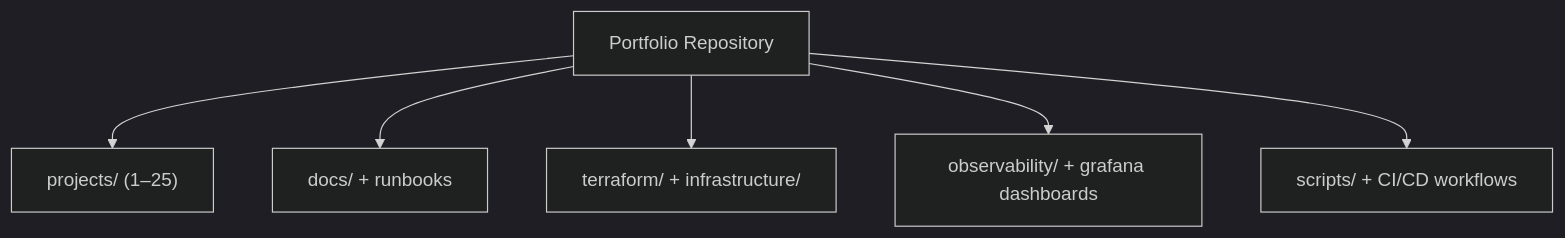
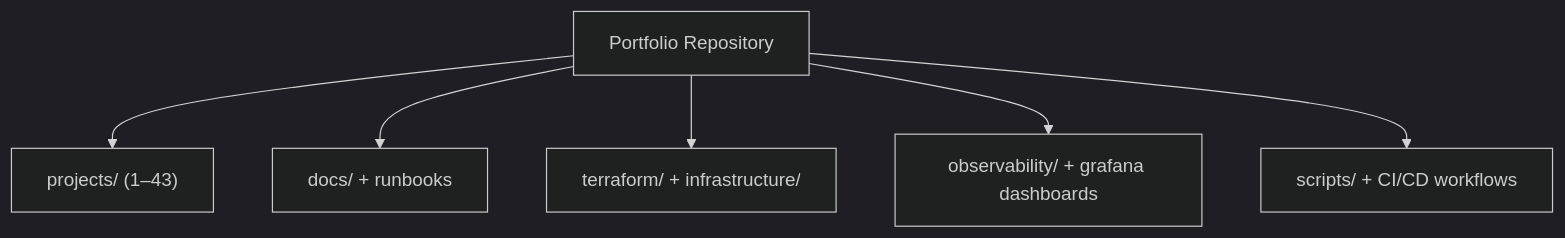
One commit to samueljackson-collab/Portfolio-Project changed the third of 54 diagrams in README.md. Above: the diagram before and after it, drawn with Mermaid (dark theme). The commit also changed other lines of this file, not shown here.

Commit message:
Expand README portfolio index to 43 projects

````diff
--- a/README.md
+++ b/README.md
@@ -90,8 +90,8 @@
 ```mermaid
 flowchart TB
-  Repo[Portfolio Repository] --> Projects["projects/ (1–25)"]
+  Repo[Portfolio Repository] --> Projects["projects/ (1–43)"]
   Repo --> Docs["docs/ + runbooks"]
   Repo --> IaC["terraform/ + infrastructure/"]
   Repo --> Obs["observability/ + grafana dashboards"]
   Repo --> Ops["scripts/ + CI/CD workflows"]
 ```
````
